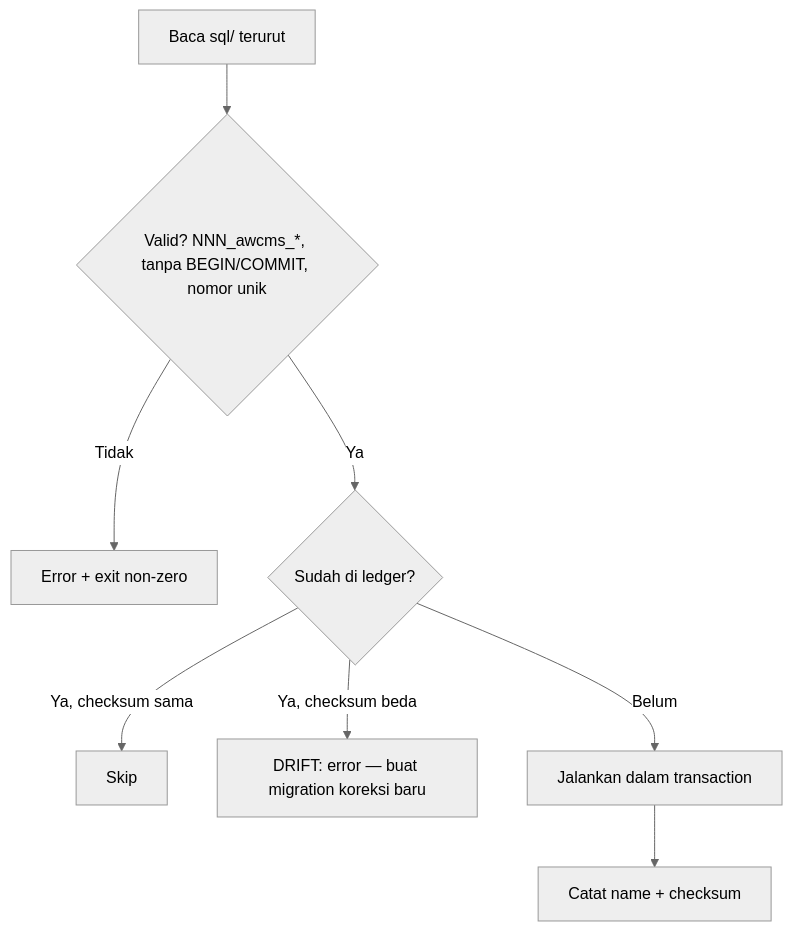
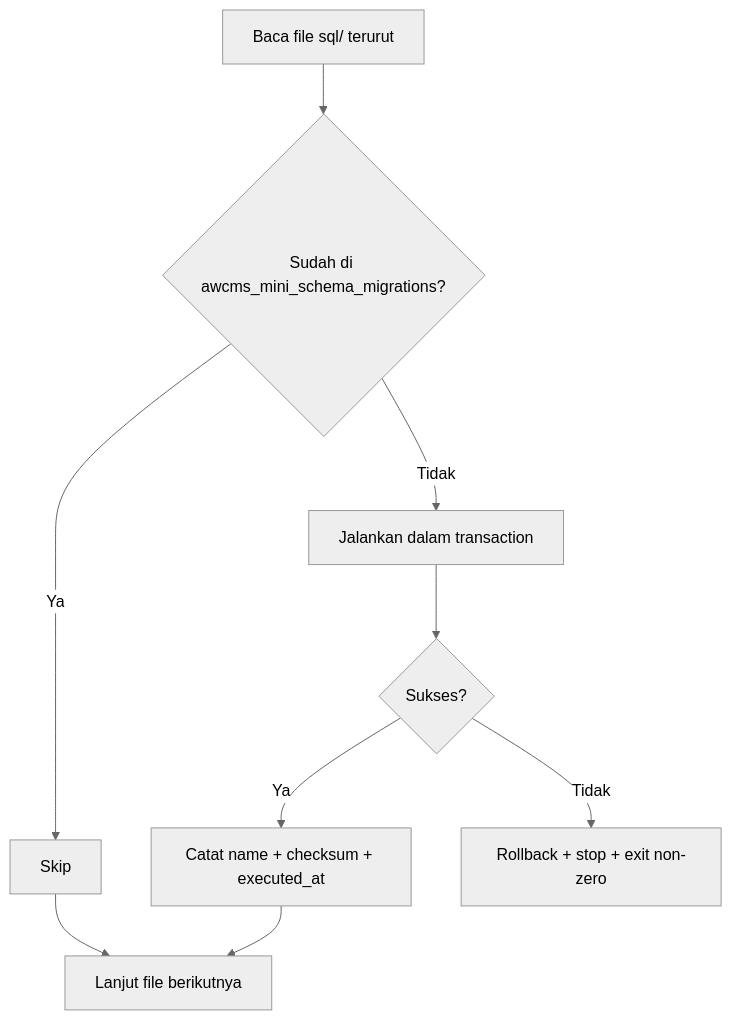
One commit to ahliweb/awcms-mini changed the fifth of 5 diagrams in docs/awcms-mini/16_backend_data_access_integration.md. Above: the diagram before and after it, drawn with Mermaid (neutral theme). The commit also changed other lines of this file and 51 other files, not shown here.

````diff
--- a/docs/awcms-mini/16_backend_data_access_integration.md
+++ b/docs/awcms-mini/16_backend_data_access_integration.md
@@ -59,10 +140,11 @@
 ```mermaid
 flowchart TD
-  A[Baca sql/ terurut] --> B{Valid? NNN_awcms_*, tanpa BEGIN/COMMIT, nomor unik}
-  B -- Tidak --> X[Error + exit non-zero]
-  B -- Ya --> C{Sudah di ledger?}
-  C -- Ya, checksum sama --> D[Skip]
-  C -- Ya, checksum beda --> X2[DRIFT: error — buat migration koreksi baru]
-  C -- Belum --> E[Jalankan dalam transaction]
-  E --> F[Catat name + checksum]
+  A[Baca file sql/ terurut] --> B{Sudah di awcms_mini_schema_migrations?}
+  B -- Ya --> C[Skip]
+  B -- Tidak --> D[Jalankan dalam transaction]
+  D --> E{Sukses?}
+  E -- Ya --> F[Catat name + checksum + executed_at]
+  E -- Tidak --> G[Rollback + stop + exit non-zero]
+  C --> H[Lanjut file berikutnya]
+  F --> H
 ```
````
